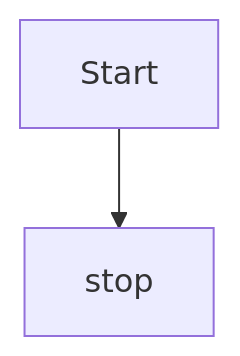
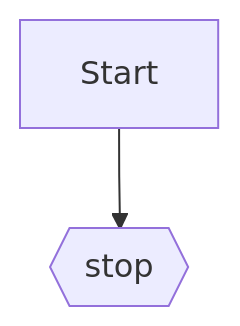
One commit to signomix/signomix changed the diagram in README.md. Above: the diagram before and after it, drawn with Mermaid.

````diff
--- a/README.md
+++ b/README.md
@@ -22,4 +22,4 @@
 ```mermaid
 flowchart TD
-    Start-->Stop[stop]
+    Start-->Stop{{stop}}
 ```
````
